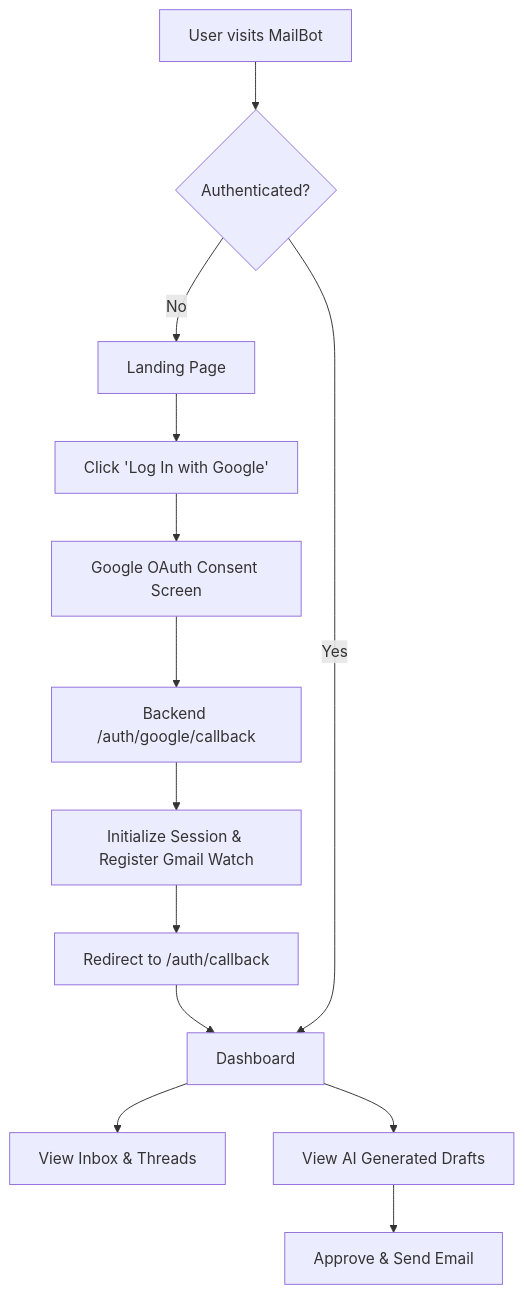
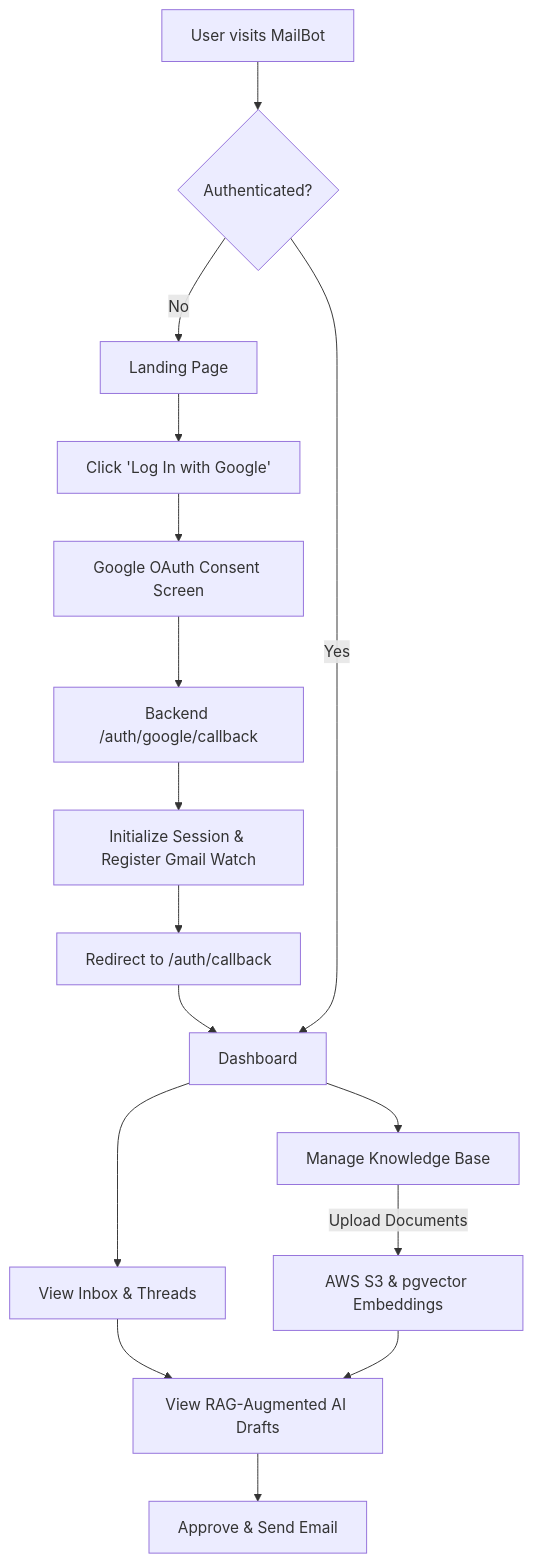
The first of 4 diagrams in README.md (Lancerhawk/MailBot), drawn with Mermaid before and after one commit. The commit also changed other lines of this file and 43 other files, not shown here.

````diff
--- a/README.md
+++ b/README.md
@@ -51,15 +61,18 @@
 ```mermaid
 graph TD
     A[User visits MailBot] --> B{Authenticated?}
     B -->|No| C[Landing Page]
     C --> D[Click 'Log In with Google']
     D --> E[Google OAuth Consent Screen]
     E --> F[Backend /auth/google/callback]
     F --> G[Initialize Session & Register Gmail Watch]
     G --> H[Redirect to /auth/callback]
     H --> I[Dashboard]
     B -->|Yes| I[Dashboard]
     I --> J[View Inbox & Threads]
-    I --> K[View AI Generated Drafts]
-    K --> L[Approve & Send Email]
+    I --> K[Manage Knowledge Base]
+    K --> |Upload Documents| L[AWS S3 & pgvector Embeddings]
+    J --> M[View RAG-Augmented AI Drafts]
+    L --> M
+    M --> N[Approve & Send Email]
 ```
````
